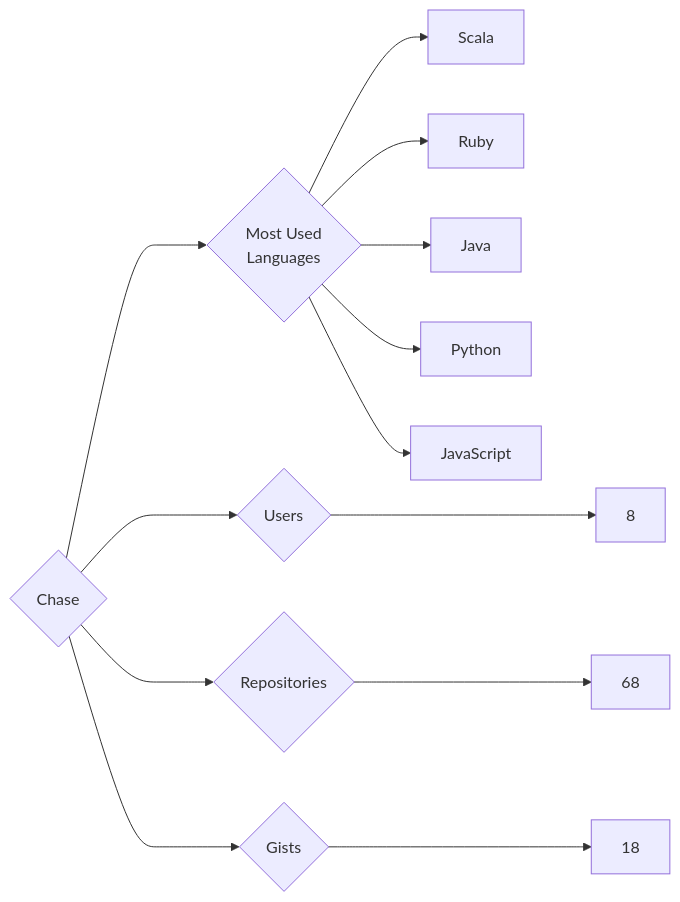
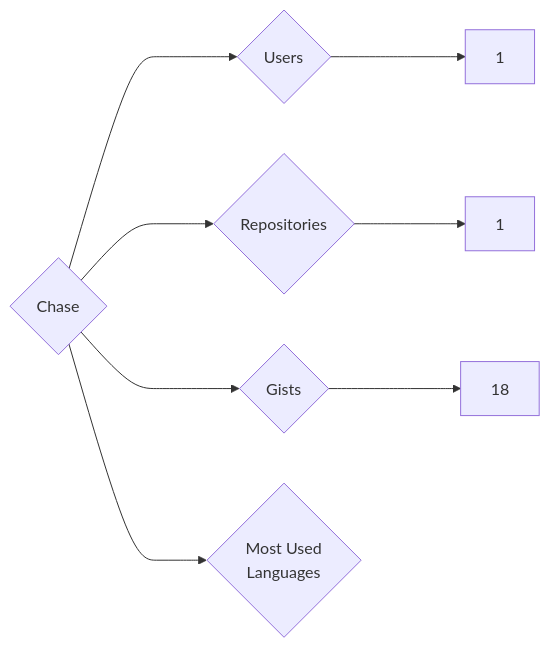
One commit to trickest/insiders changed the diagram in targets/Chase/README.md. Above: the diagram before and after it, drawn with Mermaid. The commit also changed 1166 other files, not shown here.

````diff
--- a/targets/Chase/README.md
+++ b/targets/Chase/README.md
@@ -3,13 +3,8 @@
 ```mermaid
 graph LR
 COMPANY_NAME{Chase}
-COMPANY_NAME ---> U{Users} ---> UN[8]
-COMPANY_NAME ---> R{Repositories} ---> RN[68]
+COMPANY_NAME ---> U{Users} ---> UN[1]
+COMPANY_NAME ---> R{Repositories} ---> RN[1]
 COMPANY_NAME ---> G{Gists} ---> GN[18]
 COMPANY_NAME ---> ML{Most Used<br>Languages}
-ML --> Scala[Scala]
-ML --> Ruby[Ruby]
-ML --> Java[Java]
-ML --> Python[Python]
-ML --> JavaScript[JavaScript]
 ```
````
